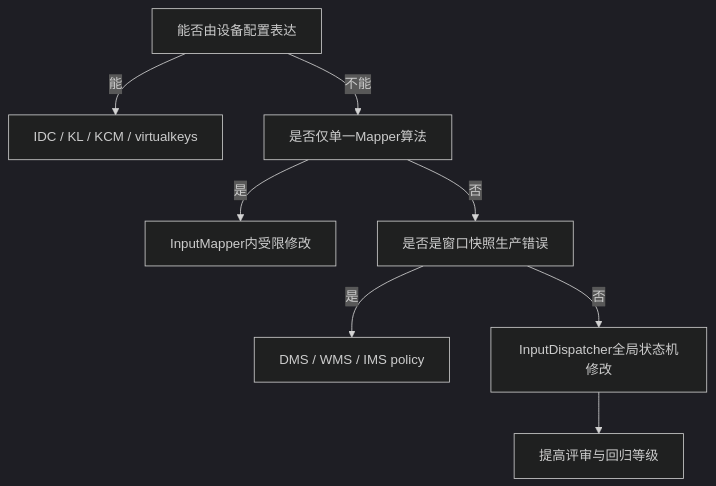
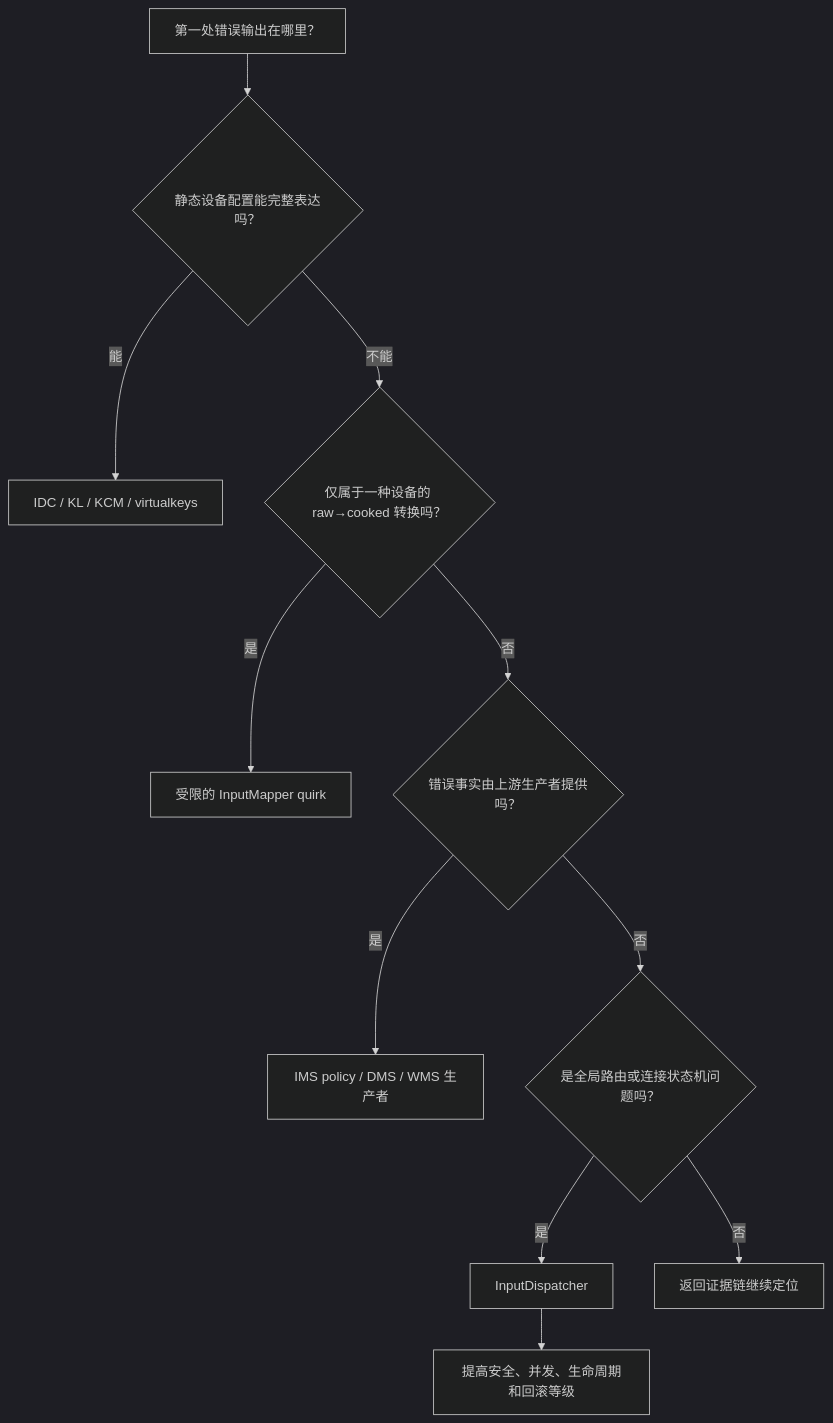
One commit to junyingzhao001/StudyNotes changed the first of 3 diagrams in Android源码学习/198-Android输入定制的补丁组织测试与升级策略.md. Above: the diagram before and after it, drawn with Mermaid (dark theme). The commit also changed other lines of this file and 116 other files, not shown here.

````diff
--- a/Android源码学习/198-Android输入定制的补丁组织测试与升级策略.md
+++ b/Android源码学习/198-Android输入定制的补丁组织测试与升级策略.md
@@ -18,10 +142,13 @@
 ```mermaid
 flowchart TD
-  A["能否由设备配置表达"] -->|能| B["IDC / KL / KCM / virtualkeys"]
-  A -->|不能| C["是否仅单一Mapper算法"]
-  C -->|是| D["InputMapper内受限修改"]
-  C -->|否| E["是否是窗口快照生产错误"]
-  E -->|是| F["DMS / WMS / IMS policy"]
-  E -->|否| G["InputDispatcher全局状态机修改"]
-  G --> H["提高评审与回归等级"]
+    A["第一处错误输出在哪里？"] --> B{"静态设备配置能完整表达吗？"}
+    B -->|能| C["IDC / KL / KCM / virtualkeys"]
+    B -->|不能| D{"仅属于一种设备的 raw→cooked 转换吗？"}
+    D -->|是| E["受限的 InputMapper quirk"]
+    D -->|否| F{"错误事实由上游生产者提供吗？"}
+    F -->|是| G["IMS policy / DMS / WMS 生产者"]
+    F -->|否| H{"是全局路由或连接状态机问题吗？"}
+    H -->|是| I["InputDispatcher"]
+    H -->|否| J["返回证据链继续定位"]
+    I --> K["提高安全、并发、生命周期和回滚等级"]
 ```
````
